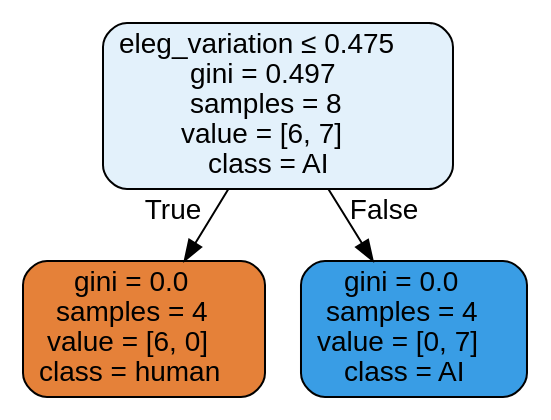
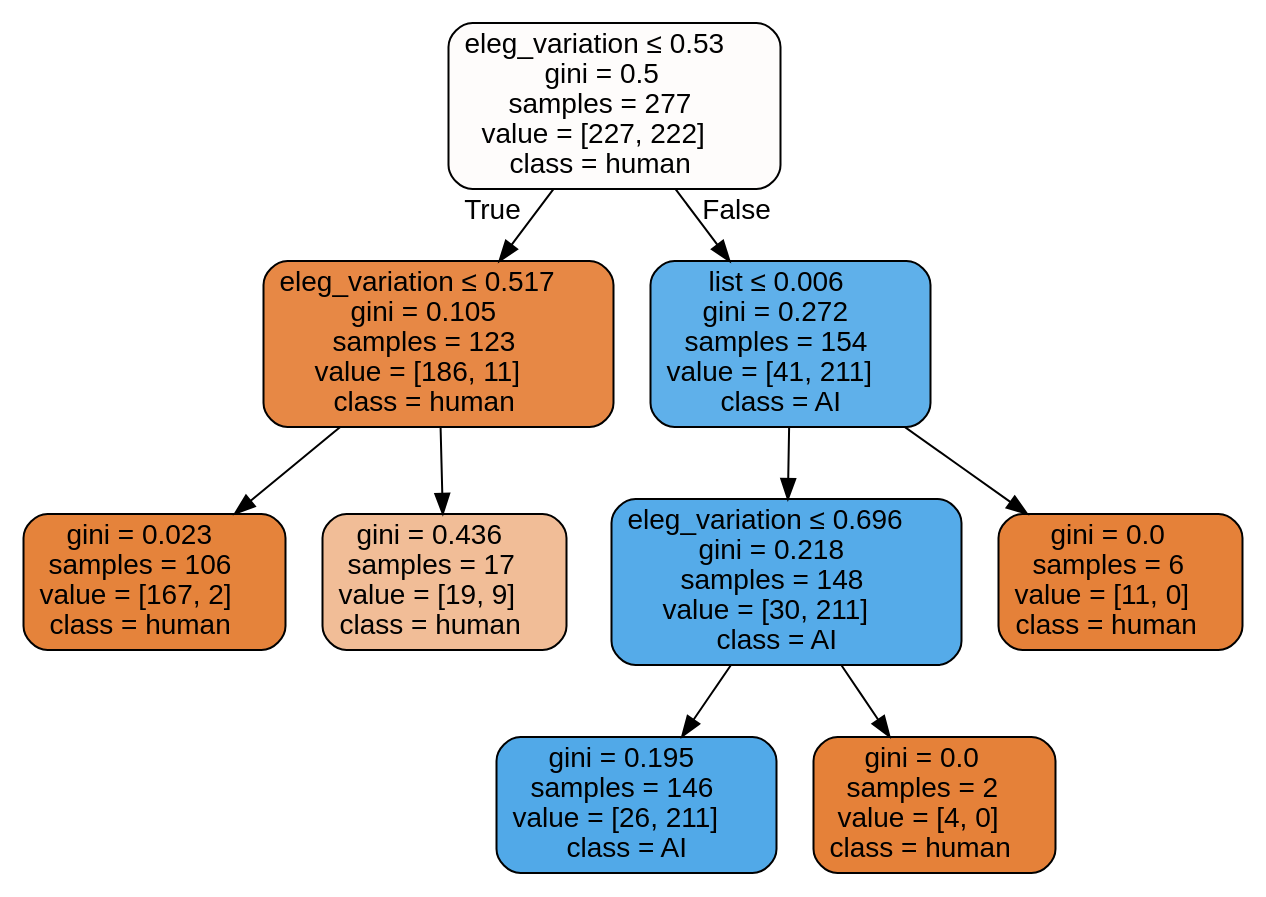
Before and after one commit to Paulpoomrit/LING450_TermProject: the diagram in results/basic_copulative/yame_wout_basic_copulative.dot, drawn with Graphviz. The commit also changed 41 other files, not shown here.

```diff
--- a/results/basic_copulative/yame_wout_basic_copulative.dot
+++ b/results/basic_copulative/yame_wout_basic_copulative.dot
@@ -1,9 +1,21 @@
 digraph Tree {
 node [shape=box, style="filled, rounded", color="black", fontname="helvetica"] ;
 edge [fontname="helvetica"] ;
-0 [label=<eleg_variation &le; 0.475<br/>gini = 0.497<br/>samples = 8<br/>value = [6, 7]<br/>class = AI>, fillcolor="#e3f1fb"] ;
-1 [label=<gini = 0.0<br/>samples = 4<br/>value = [6, 0]<br/>class = human>, fillcolor="#e58139"] ;
+0 [label=<eleg_variation &le; 0.53<br/>gini = 0.5<br/>samples = 277<br/>value = [227, 222]<br/>class = human>, fillcolor="#fefcfb"] ;
+1 [label=<eleg_variation &le; 0.517<br/>gini = 0.105<br/>samples = 123<br/>value = [186, 11]<br/>class = human>, fillcolor="#e78845"] ;
 0 -> 1 [labeldistance=2.5, labelangle=45, headlabel="True"] ;
-2 [label=<gini = 0.0<br/>samples = 4<br/>value = [0, 7]<br/>class = AI>, fillcolor="#399de5"] ;
+7 [label=<gini = 0.023<br/>samples = 106<br/>value = [167, 2]<br/>class = human>, fillcolor="#e5833b"] ;
+1 -> 7 ;
+8 [label=<gini = 0.436<br/>samples = 17<br/>value = [19, 9]<br/>class = human>, fillcolor="#f1bd97"] ;
+1 -> 8 ;
+2 [label=<list &le; 0.006<br/>gini = 0.272<br/>samples = 154<br/>value = [41, 211]<br/>class = AI>, fillcolor="#5fb0ea"] ;
 0 -> 2 [labeldistance=2.5, labelangle=-45, headlabel="False"] ;
+3 [label=<eleg_variation &le; 0.696<br/>gini = 0.218<br/>samples = 148<br/>value = [30, 211]<br/>class = AI>, fillcolor="#55abe9"] ;
+2 -> 3 ;
+5 [label=<gini = 0.195<br/>samples = 146<br/>value = [26, 211]<br/>class = AI>, fillcolor="#51a9e8"] ;
+3 -> 5 ;
+6 [label=<gini = 0.0<br/>samples = 2<br/>value = [4, 0]<br/>class = human>, fillcolor="#e58139"] ;
+3 -> 6 ;
+4 [label=<gini = 0.0<br/>samples = 6<br/>value = [11, 0]<br/>class = human>, fillcolor="#e58139"] ;
+2 -> 4 ;
 }
```
